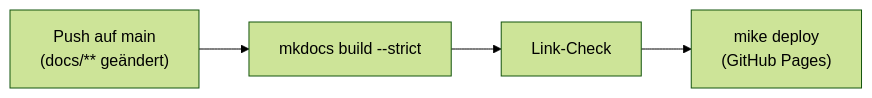
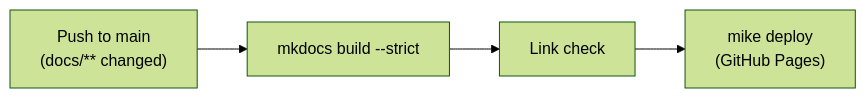
One commit to nolte/kamerplanter changed the fourth of 4 diagrams in docs/de/architecture/infrastructure.md. Above: the diagram before and after it, drawn with Mermaid (forest theme). The commit also changed other lines of this file and 44 other files, not shown here.

First line of the commit message:
docs: make all Mermaid diagrams spec-compliant (repo-wide sweep)

````diff
--- a/docs/de/architecture/infrastructure.md
+++ b/docs/de/architecture/infrastructure.md
@@ -270,6 +274,6 @@
 ```mermaid
-graph LR
-    PUSH["Push auf main\n(docs/** geändert)"] --> BUILD["mkdocs build --strict"]
-    BUILD --> CHECK["Link-Check"]
-    CHECK --> DEPLOY["mike deploy\n(GitHub Pages)"]
+flowchart LR
+    PUSH["Push to main<br/>(docs/** changed)"] --> BUILD["mkdocs build --strict"]
+    BUILD --> CHECK["Link check"]
+    CHECK --> DEPLOY["mike deploy<br/>(GitHub Pages)"]
 ```
````
